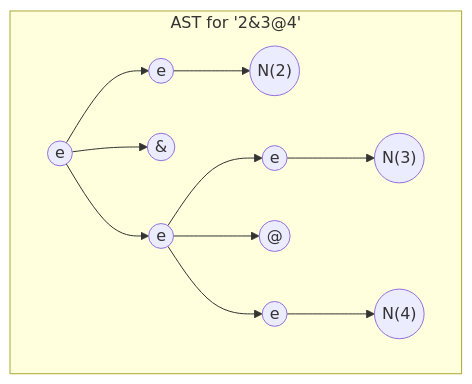
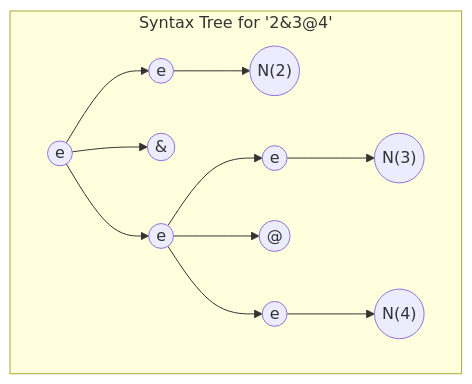
The first of 2 diagrams in docs/src/practicas/hello-compiler.md (gh-cli-for-education/gh-education), drawn with Mermaid before and after one commit. The commit also changed other lines of this file and 1 other file, not shown here.

````diff
--- a/docs/src/practicas/hello-compiler.md
+++ b/docs/src/practicas/hello-compiler.md
@@ -91,14 +91,14 @@
 ```mermaid
 graph TB
-  subgraph "AST for '2&3@4'"
+  subgraph "Syntax Tree for '2&3@4'"
     A((e))--> B((e))
     A-->C(("&"))
     A-->D((e))
     B--> F(("N(2)"))
     D-->G((e))
     D-->H(("@"))
     D-->I((e))
     G-->K(("N(3)"))
     I-->L(("N(4)"))
   end
 ```
````
